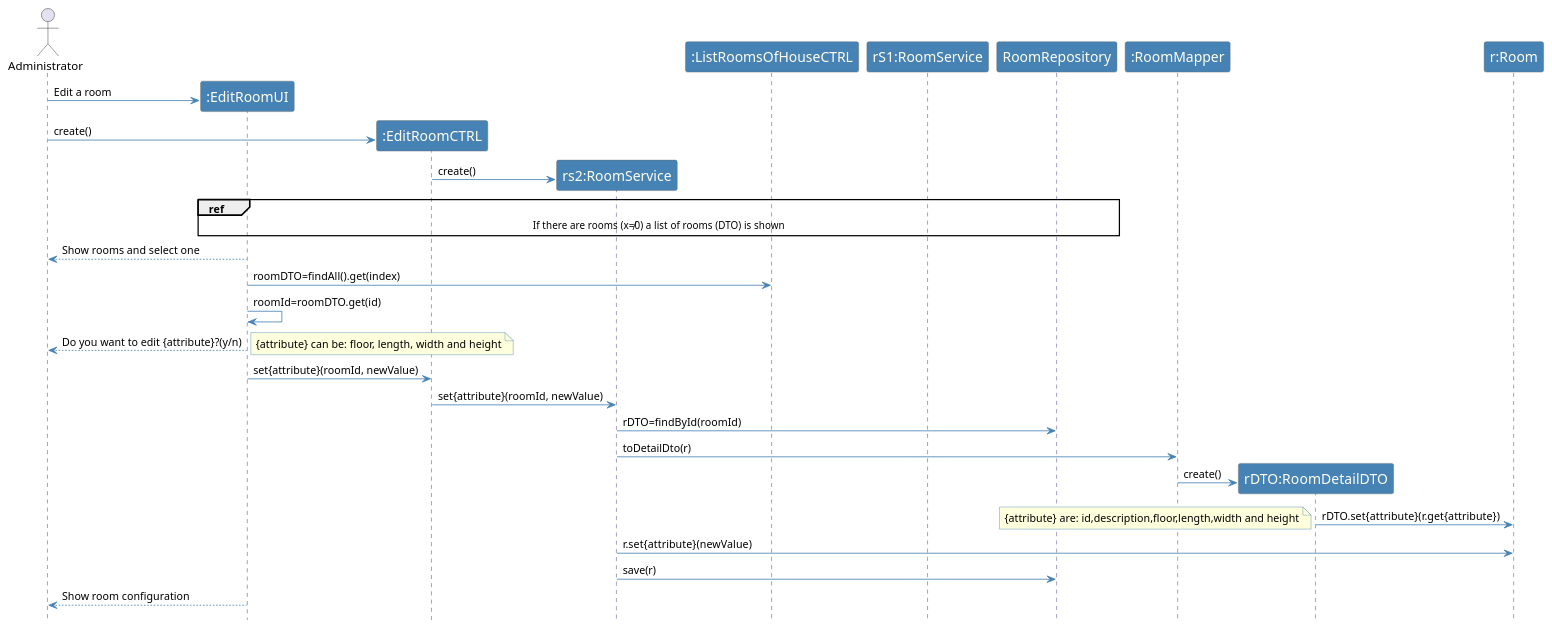
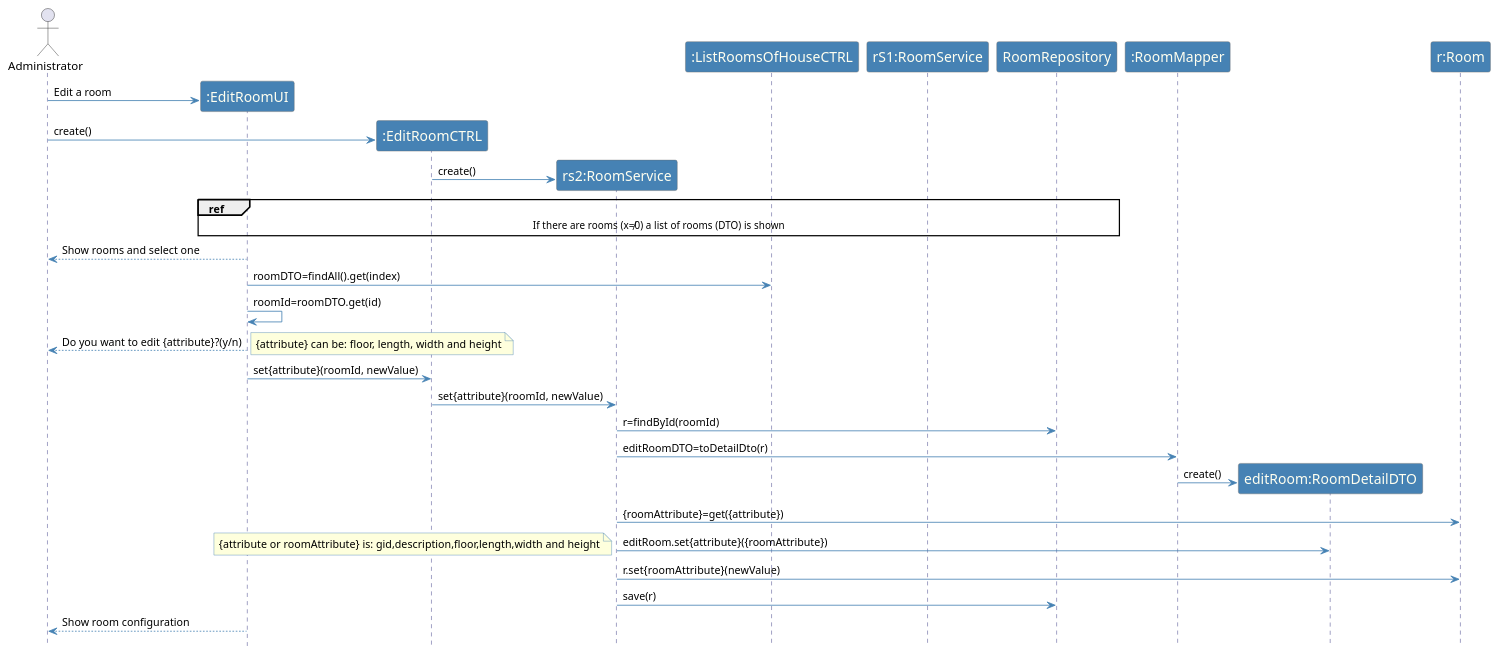
One commit to emanuel-pereira/hou changed the diagram in src/main/java/smarthome/controller/sequenceDiagrams/sd_EditRoom.puml. Above: the diagram before and after it, drawn with PlantUML. The commit also changed 2 other files, not shown here.

Commit message:
Rest controller US109: Update sequence diagram. Ref #251

```diff
--- a/src/main/java/smarthome/controller/sequenceDiagrams/sd_EditRoom.puml
+++ b/src/main/java/smarthome/controller/sequenceDiagrams/sd_EditRoom.puml
@@ -1,59 +1,61 @@
 @startuml
 hidefootbox
 
 actor Administrator
 
 skinparam sequence {
 	ArrowColor SteelBlue
 	ActorBorderColor Dimgray
 	LifeLineBorderColor MidnightBlue
 	LifeLineBackgroundColor #A9DCDF
 
 	ParticipantBorderColor Dimgray
 	ParticipantBackgroundColor SteelBlue
 	ParticipantFontName Calibri Bold
 	ParticipantFontSize 17
 	ParticipantFontColor Ivory
 
 	ActorBackgroundColor SteelBlue
 	ActorFontColor MidnightBlue
 	ActorFontSize 17
 	ActorFontName Aapex
 
 }
 
 skinparam note {
 BorderColor SteelBlue
 }
 
 create ":EditRoomUI"
 Administrator -> ":EditRoomUI":Edit a room
 create ":EditRoomCTRL"
 Administrator -> ":EditRoomCTRL": create()
 create "rs2:RoomService"
 ":EditRoomCTRL" -> "rs2:RoomService": create()
 ref over ":EditRoomUI", ":ListRoomsOfHouseCTRL", "rS1:RoomService", RoomRepository: If there are rooms (x≠0) a list of rooms (DTO) is shown
 Administrator <-- ":EditRoomUI": Show rooms and select one
 ":EditRoomUI" -> ":ListRoomsOfHouseCTRL": roomDTO=findAll().get(index)
 ":EditRoomUI" -> ":EditRoomUI": roomId=roomDTO.get(id)
 
 Administrator <-- ":EditRoomUI": Do you want to edit {attribute}?(y/n)
 note right
 {attribute} can be: floor, length, width and height
     end note
 ":EditRoomUI" -> ":EditRoomCTRL": set{attribute}(roomId, newValue)
 ":EditRoomCTRL" -> "rs2:RoomService": set{attribute}(roomId, newValue)
-"rs2:RoomService" -> RoomRepository: rDTO=findById(roomId)
-"rs2:RoomService" -> ":RoomMapper": toDetailDto(r)
-create "rDTO:RoomDetailDTO"
-":RoomMapper" -> "rDTO:RoomDetailDTO": create()
-"rDTO:RoomDetailDTO" -> "r:Room": rDTO.set{attribute}(r.get{attribute})
+"rs2:RoomService" -> RoomRepository: r=findById(roomId)
+"rs2:RoomService" -> ":RoomMapper": editRoomDTO=toDetailDto(r)
+create "editRoom:RoomDetailDTO"
+":RoomMapper" -> "editRoom:RoomDetailDTO": create()
+"rs2:RoomService" -> "r:Room": {roomAttribute}=get({attribute})
+"rs2:RoomService" -> "editRoom:RoomDetailDTO": editRoom.set{attribute}({roomAttribute})
+
 note left
-{attribute} are: id,description,floor,length,width and height
+{attribute or roomAttribute} is: gid,description,floor,length,width and height
     end note
-"rs2:RoomService" -> "r:Room": r.set{attribute}(newValue)
+"rs2:RoomService" -> "r:Room": r.set{roomAttribute}(newValue)
 "rs2:RoomService" -> RoomRepository: save(r)
 
 Administrator <-- ":EditRoomUI": Show room configuration
 
 @enduml
```
